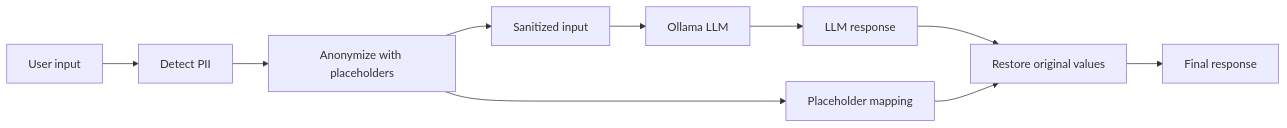
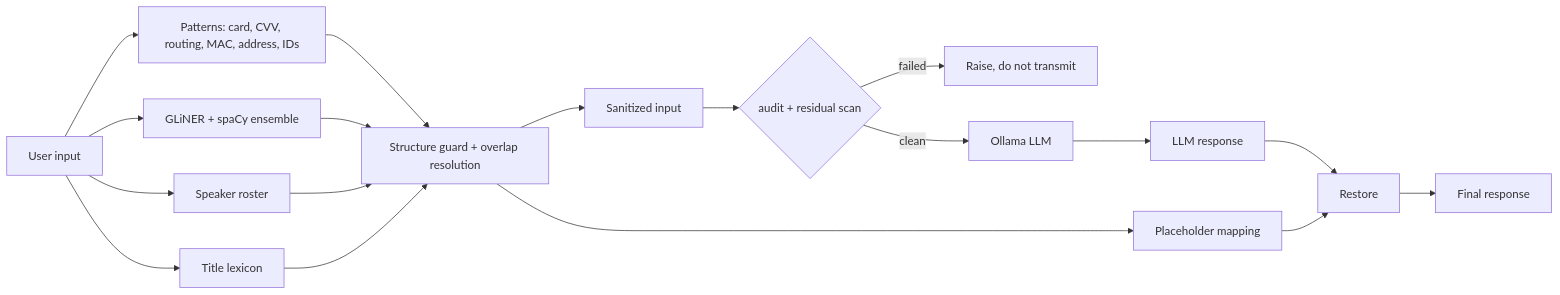
One commit to Ahmed-Maher77/LLM-Privacy-Gateway___PII-De-identification-and-Re-identification changed the diagram in README.md. Above: the diagram before and after it, drawn with Mermaid. The commit also changed other lines of this file and 95 other files, not shown here.

````diff
--- a/README.md
+++ b/README.md
@@ -10,12 +10,20 @@
 ```mermaid
 flowchart LR
-  A[User input] --> B[Detect PII]
-  B --> C[Anonymize with placeholders]
-  C --> D[Sanitized input]
-  C --> E[Placeholder mapping]
-  D --> F[Ollama LLM]
-  F --> G[LLM response]
-  G --> H[Restore original values]
-  E --> H
-  H --> I[Final response]
+  A[User input] --> B[Patterns: card, CVV, routing, MAC, address, IDs]
+  A --> C[GLiNER + spaCy ensemble]
+  A --> D[Speaker roster]
+  A --> E[Title lexicon]
+  B --> F[Structure guard + overlap resolution]
+  C --> F
+  D --> F
+  E --> F
+  F --> G[Sanitized input]
+  F --> H[Placeholder mapping]
+  G --> V{audit + residual scan}
+  V -->|failed| X[Raise, do not transmit]
+  V -->|clean| I[Ollama LLM]
+  I --> J[LLM response]
+  J --> K[Restore]
+  H --> K
+  K --> L[Final response]
 ```
````
